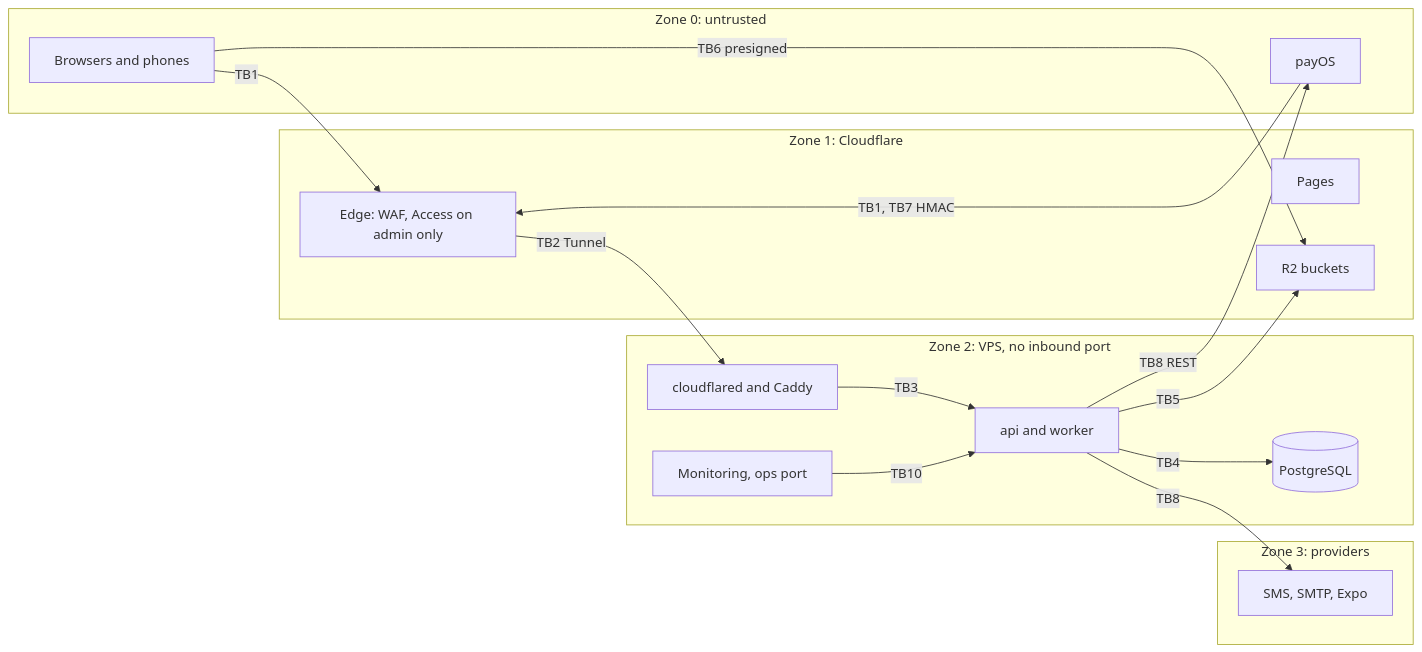
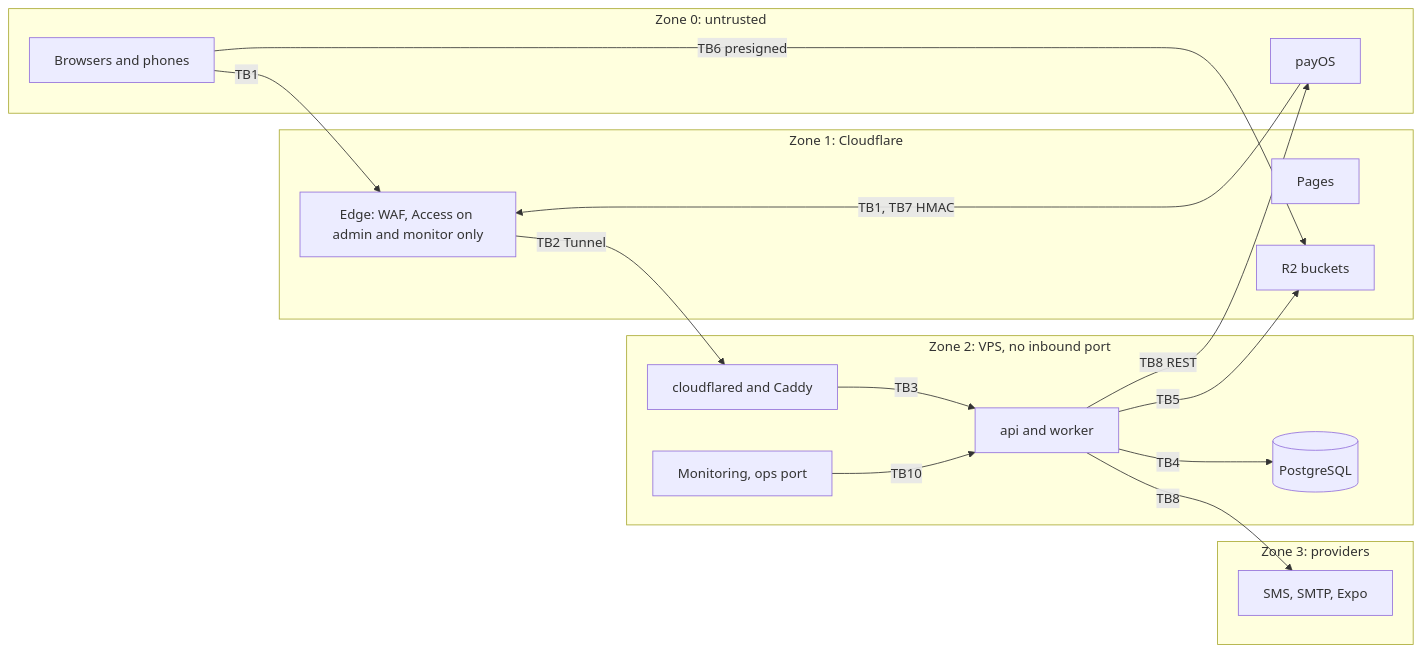
The fifth of 5 diagrams in docs/03-architecture/system-context-and-containers.md (ninggiangboy/residential-management-system), drawn with Mermaid before and after one commit. The commit also changed other lines of this file and 6 other files, not shown here.

First line of the commit message:
docs: decide DR-88 (Grafana at monitor.<domain> behind Cloudflare Access) and propagate

````diff
--- a/docs/03-architecture/system-context-and-containers.md
+++ b/docs/03-architecture/system-context-and-containers.md
@@ -459,31 +459,31 @@
 ```mermaid
 flowchart LR
   subgraph Z0["Zone 0: untrusted"]
     CL["Browsers and phones"]
     PO["payOS"]
   end
   subgraph Z1["Zone 1: Cloudflare"]
-    ED["Edge: WAF, Access on admin only"]
+    ED["Edge: WAF, Access on admin and monitor only"]
     PG1["Pages"]
     R2["R2 buckets"]
   end
   subgraph Z2["Zone 2: VPS, no inbound port"]
     CA["cloudflared and Caddy"]
     AP["api and worker"]
     DB[("PostgreSQL")]
     MN["Monitoring, ops port"]
   end
   subgraph Z3["Zone 3: providers"]
     SM["SMS, SMTP, Expo"]
   end
   CL -- "TB1" --> ED
   PO -- "TB1, TB7 HMAC" --> ED
   ED -- "TB2 Tunnel" --> CA
   CA -- "TB3" --> AP
   AP -- "TB4" --> DB
   AP -- "TB5" --> R2
   CL -- "TB6 presigned" --> R2
   AP -- "TB8" --> SM
   AP -- "TB8 REST" --> PO
   MN -- "TB10" --> AP
 ```
````
